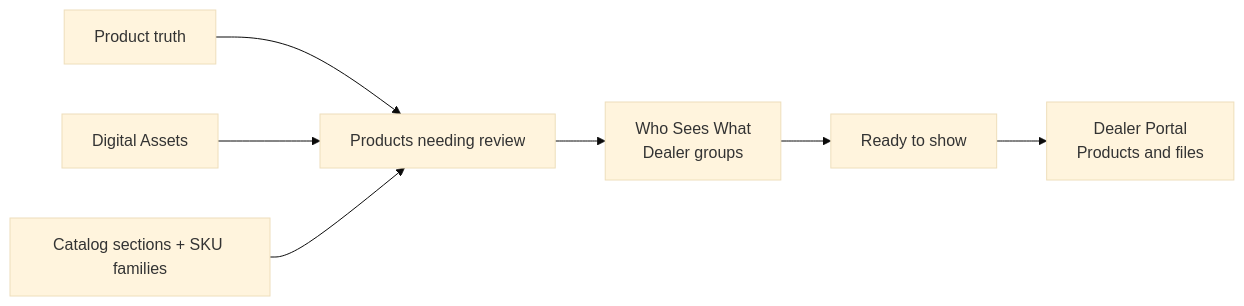
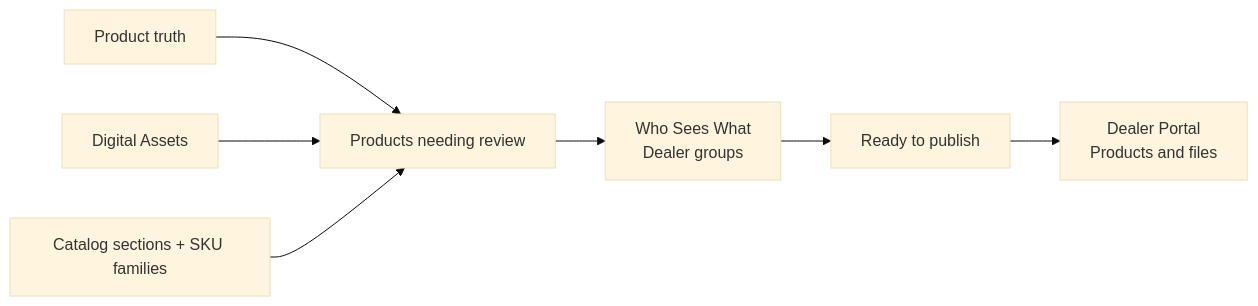
The second of 2 diagrams in docs/UX_07_CRM_CONTENT_ARCHITECTURE_OPTIMIZATION_GOAL_2026-06-04.md (ahmadhassan91/dynamic-aqs-pulse-platform), drawn with Mermaid (base theme) before and after one commit. The commit also changed other lines of this file and 5 other files, not shown here.

Commit message:
Clarify product management demo flow

````diff
--- a/docs/UX_07_CRM_CONTENT_ARCHITECTURE_OPTIMIZATION_GOAL_2026-06-04.md
+++ b/docs/UX_07_CRM_CONTENT_ARCHITECTURE_OPTIMIZATION_GOAL_2026-06-04.md
@@ -382,9 +382,9 @@
 ```mermaid
 flowchart LR
   A["Product truth"] --> B["Products needing review"]
   C["Digital Assets"] --> B
   D["Catalog sections + SKU families"] --> B
   B --> E["Who Sees What\nDealer groups"]
-  E --> F["Ready to show"]
+  E --> F["Ready to publish"]
   F --> G["Dealer Portal\nProducts and files"]
 ```
````
